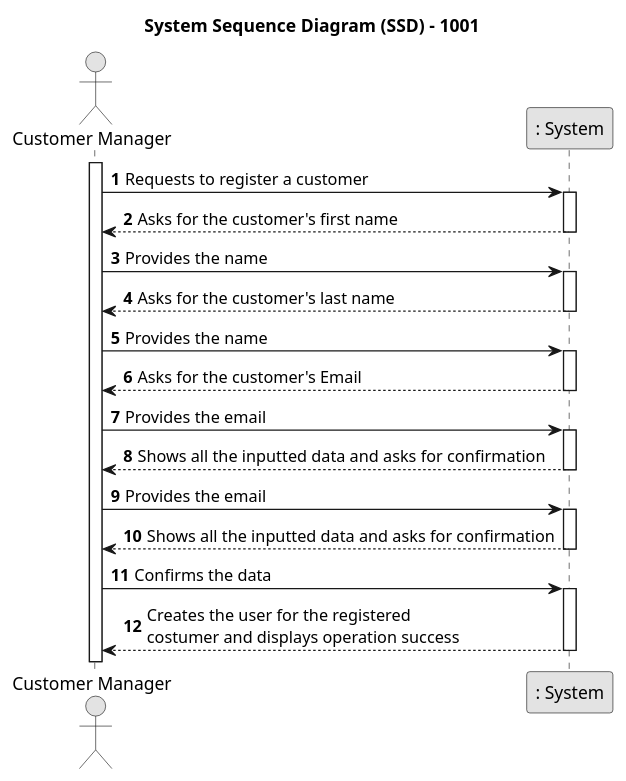
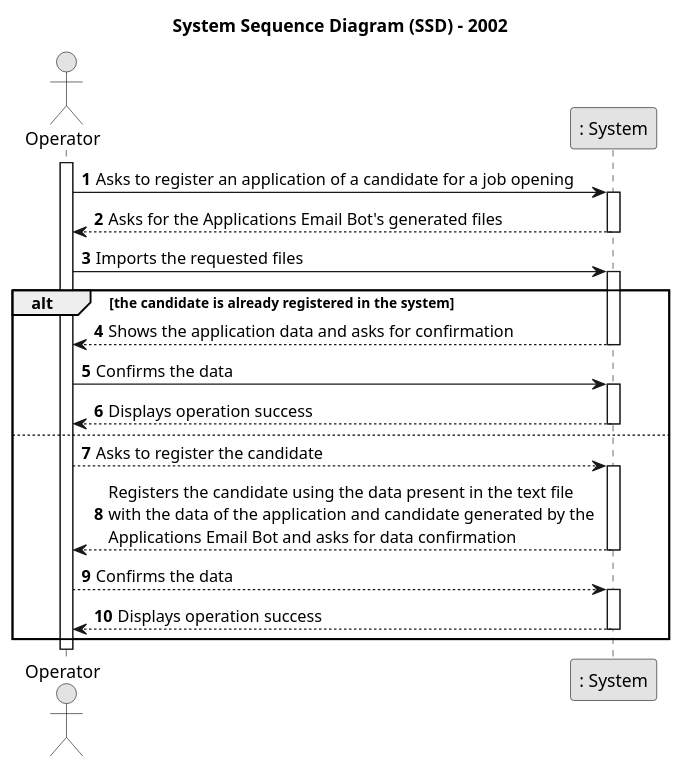
One commit to MiguelCardoso77/LAPR4 changed the diagram in docs/SprintB/2002/2002-system-sequence-diagram.puml. Above: the diagram before and after it, drawn with PlantUML. The commit also changed 2 other files, not shown here.

Commit message:
Adding the system sequence diagram and the other documents  #15

```diff
--- a/docs/SprintB/2002/2002-system-sequence-diagram.puml
+++ b/docs/SprintB/2002/2002-system-sequence-diagram.puml
@@ -1,51 +1,57 @@
 @startuml
 skinparam monochrome true
 skinparam packageStyle rectangle
 skinparam shadowing false
 
-title System Sequence Diagram (SSD) - 1001
+title System Sequence Diagram (SSD) - 2002
 
 autonumber
 
-actor "Customer Manager" as CM
+actor "Operator" as OP
 participant ": System" as System
 
-activate CM    
+activate OP
 
-    CM -> System : Requests to register a customer
+    OP -> System : Asks to register an application of a candidate for a job opening
     activate System
 
-        System --> CM : Asks for the customer's first name
+        System --> OP : Asks for the Applications Email Bot's generated files
     deactivate System
 
-    CM -> System : Provides the name
+     OP -> System : Imports the requested files
+     activate System
+
+    alt the candidate is already registered in the system
+
+        System --> OP : Shows the application data and asks for confirmation
+
+    deactivate System
+
+    OP -> System : Confirms the data
     activate System
 
-        System --> CM : Asks for the customer's last name
+        System --> OP : Displays operation success
+
     deactivate System
 
-    CM -> System : Provides the name
+    else
+
+    OP --> System : Asks to register the candidate
+
     activate System
 
-        System --> CM : Asks for the customer's Email
+        System --> OP : Registers the candidate using the data present in the text file \nwith the data of the application and candidate generated by the \nApplications Email Bot and asks for data confirmation
+
     deactivate System
 
-    CM -> System : Provides the email
+    OP --> System : Confirms the data
+
     activate System
 
-        System --> CM : Shows all the inputted data and asks for confirmation
+        System --> OP : Displays operation success
+
     deactivate System
 
-    CM -> System : Provides the email
-    activate System
-
-         System --> CM : Shows all the inputted data and asks for confirmation
-    deactivate System
-
-    CM -> System : Confirms the data
-    activate System
-
-         System --> CM : Creates the user for the registered \ncostumer and displays operation success
-    deactivate System
+    end
 
 @enduml
```
